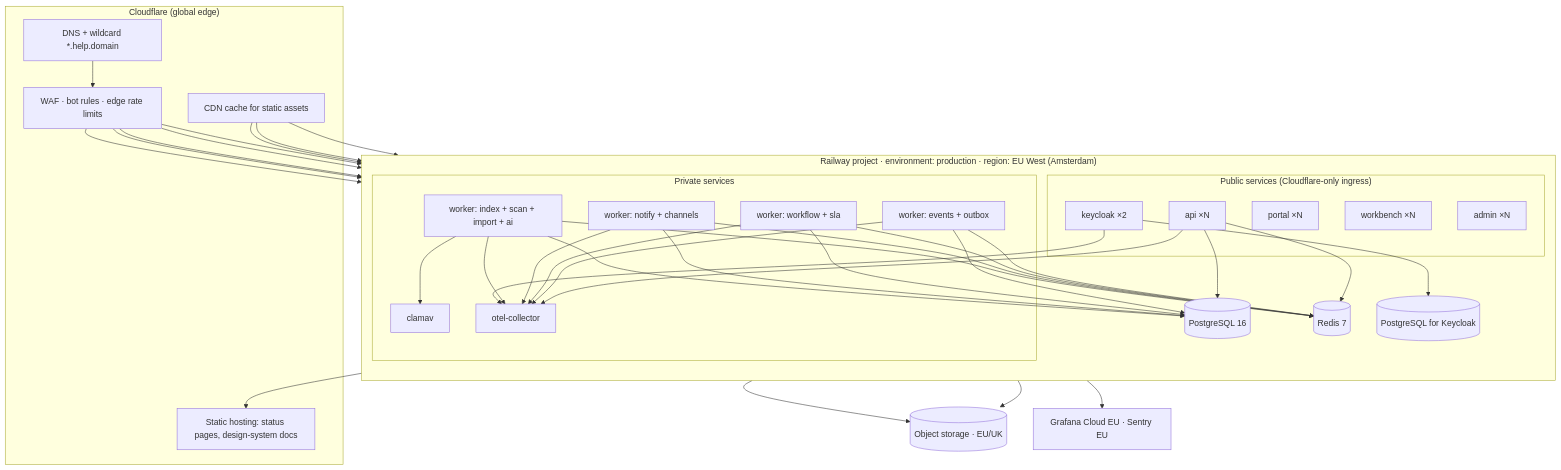
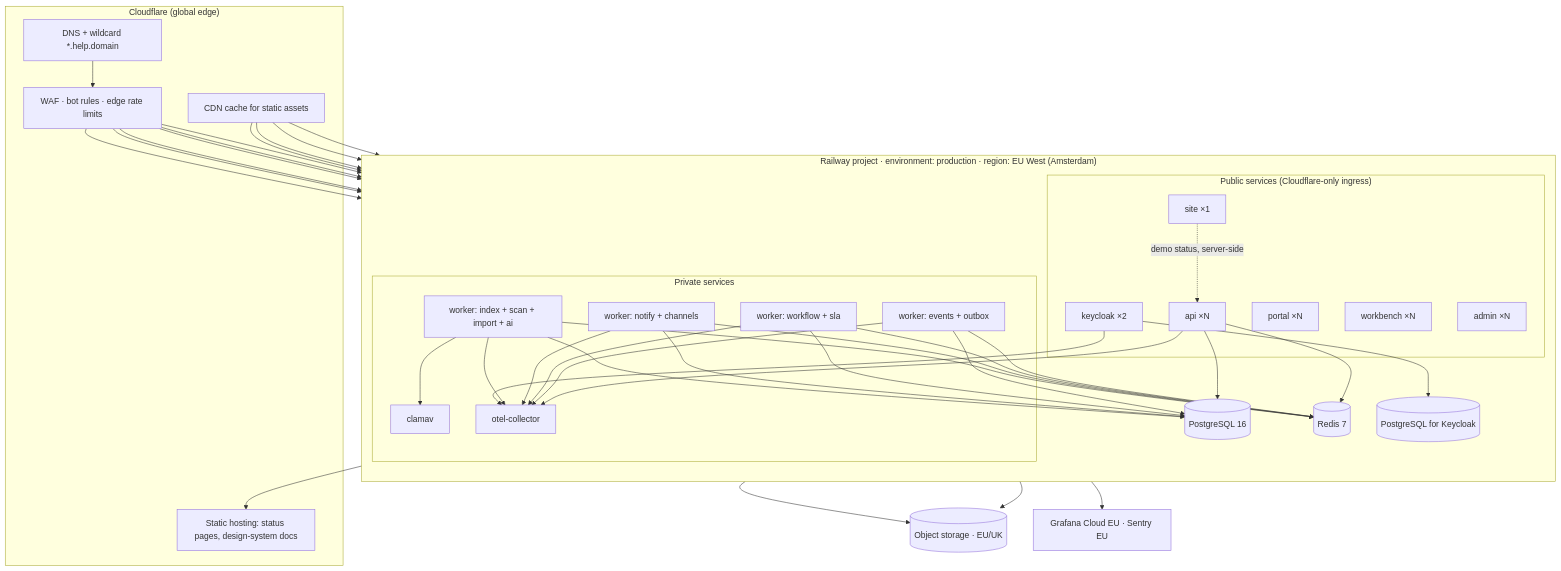
Before and after one commit to YousafBarikzai/Ticket: the first of 3 diagrams in docs/architecture/03-runtime-topology.md, drawn with Mermaid. The commit also changed other lines of this file and 16 other files, not shown here.

````diff
--- a/docs/architecture/03-runtime-topology.md
+++ b/docs/architecture/03-runtime-topology.md
@@ -23,40 +24,42 @@
 ```mermaid
 flowchart TB
   subgraph CF["Cloudflare (global edge)"]
     DNS[DNS + wildcard *.help.domain]
     WAF[WAF · bot rules · edge rate limits]
     CACHE[CDN cache for static assets]
     STATIC[Static hosting: status pages, design-system docs]
   end
   subgraph RW["Railway project · environment: production · region: EU West (Amsterdam)"]
     direction TB
     subgraph PublicSvcs["Public services (Cloudflare-only ingress)"]
       API[api ×N]
       PORTAL[portal ×N]
       WB[workbench ×N]
       ADMIN[admin ×N]
+      SITE[site ×1]
       KC[keycloak ×2]
     end
     subgraph PrivateSvcs["Private services"]
       W1[worker: events + outbox]
       W2[worker: workflow + sla]
       W3[worker: notify + channels]
       W4[worker: index + scan + import + ai]
       CLAM[clamav]
       OTEL[otel-collector]
     end
     PG[(PostgreSQL 16)]
     PGKC[(PostgreSQL for Keycloak)]
     REDIS[(Redis 7)]
   end
   OBJ[(Object storage · EU/UK)]
   GRAF[Grafana Cloud EU · Sentry EU]
-  DNS --> WAF --> API & PORTAL & WB & ADMIN & KC
-  CACHE --> PORTAL & WB & ADMIN
+  DNS --> WAF --> API & PORTAL & WB & ADMIN & SITE & KC
+  CACHE --> PORTAL & WB & ADMIN & SITE
+  SITE -. demo status, server-side .-> API
   API & W1 & W2 & W3 & W4 --> PG & REDIS
   KC --> PGKC
   API & W4 --> OBJ
   W4 --> CLAM
   API & W1 & W2 & W3 & W4 & KC --> OTEL --> GRAF
   W4 --> STATIC
 ```
````
